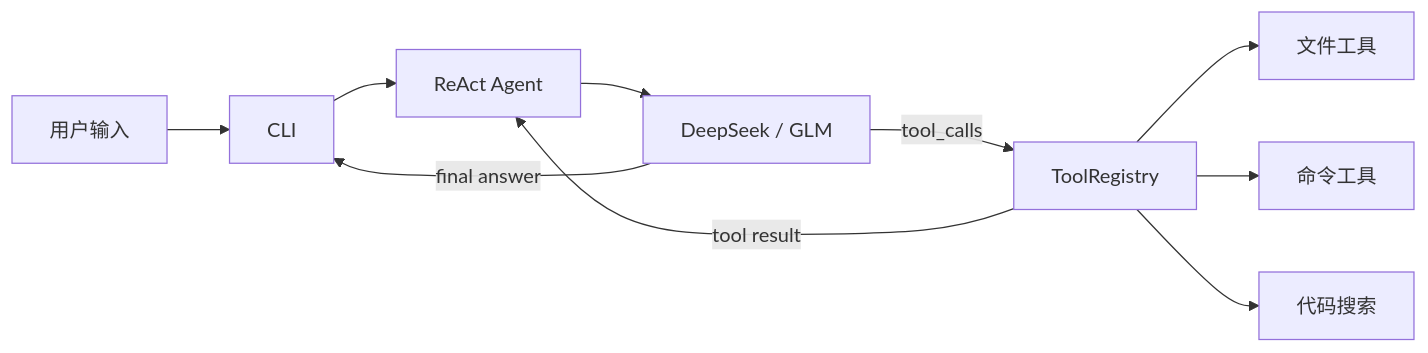
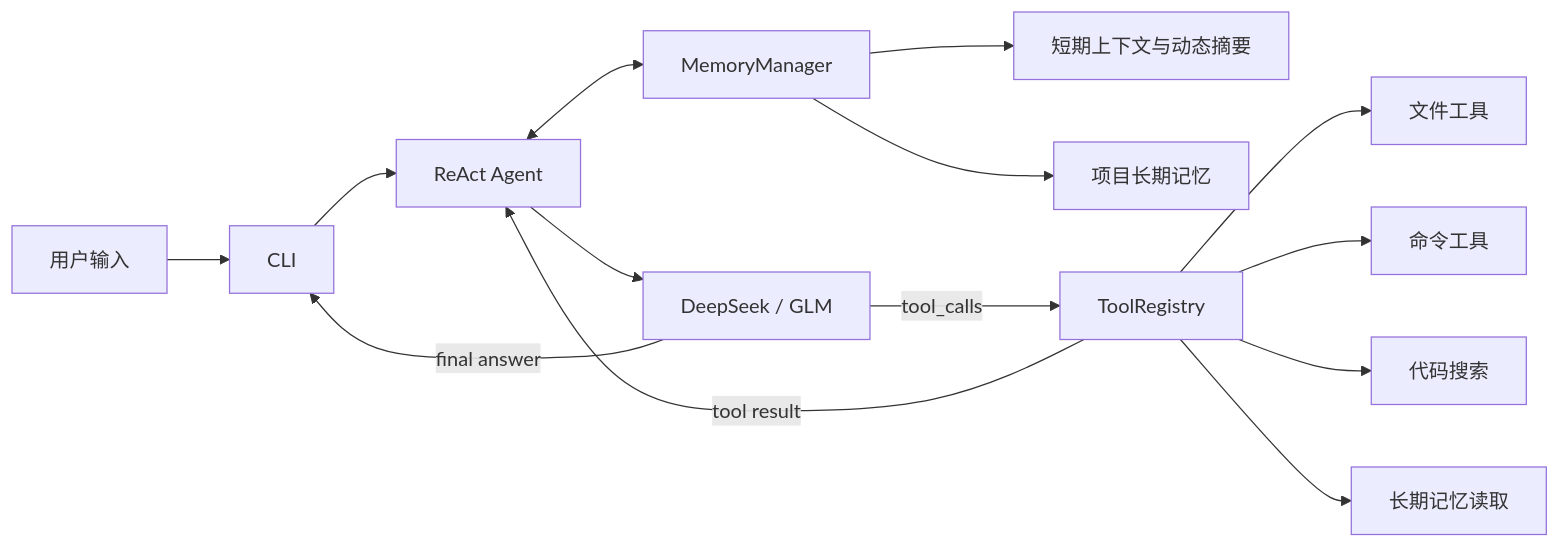
Before and after one commit to wyp-aijishu/ICoder: the diagram in README.md, drawn with Mermaid. The commit also changed other lines of this file and 15 other files, not shown here.

````diff
--- a/README.md
+++ b/README.md
@@ -114,12 +122,16 @@
 ```mermaid
 flowchart LR
 	User[用户输入] --> CLI[CLI]
 	CLI --> Agent[ReAct Agent]
+	Agent <--> Memory[MemoryManager]
+	Memory --> Short[短期上下文与动态摘要]
+	Memory --> Long[项目长期记忆]
 	Agent --> LLM[DeepSeek / GLM]
 	LLM -->|tool_calls| Registry[ToolRegistry]
 	Registry --> File[文件工具]
 	Registry --> Command[命令工具]
 	Registry --> Search[代码搜索]
+	Registry --> ReadMemory[长期记忆读取]
 	Registry -->|tool result| Agent
 	LLM -->|final answer| CLI
 ```
````
